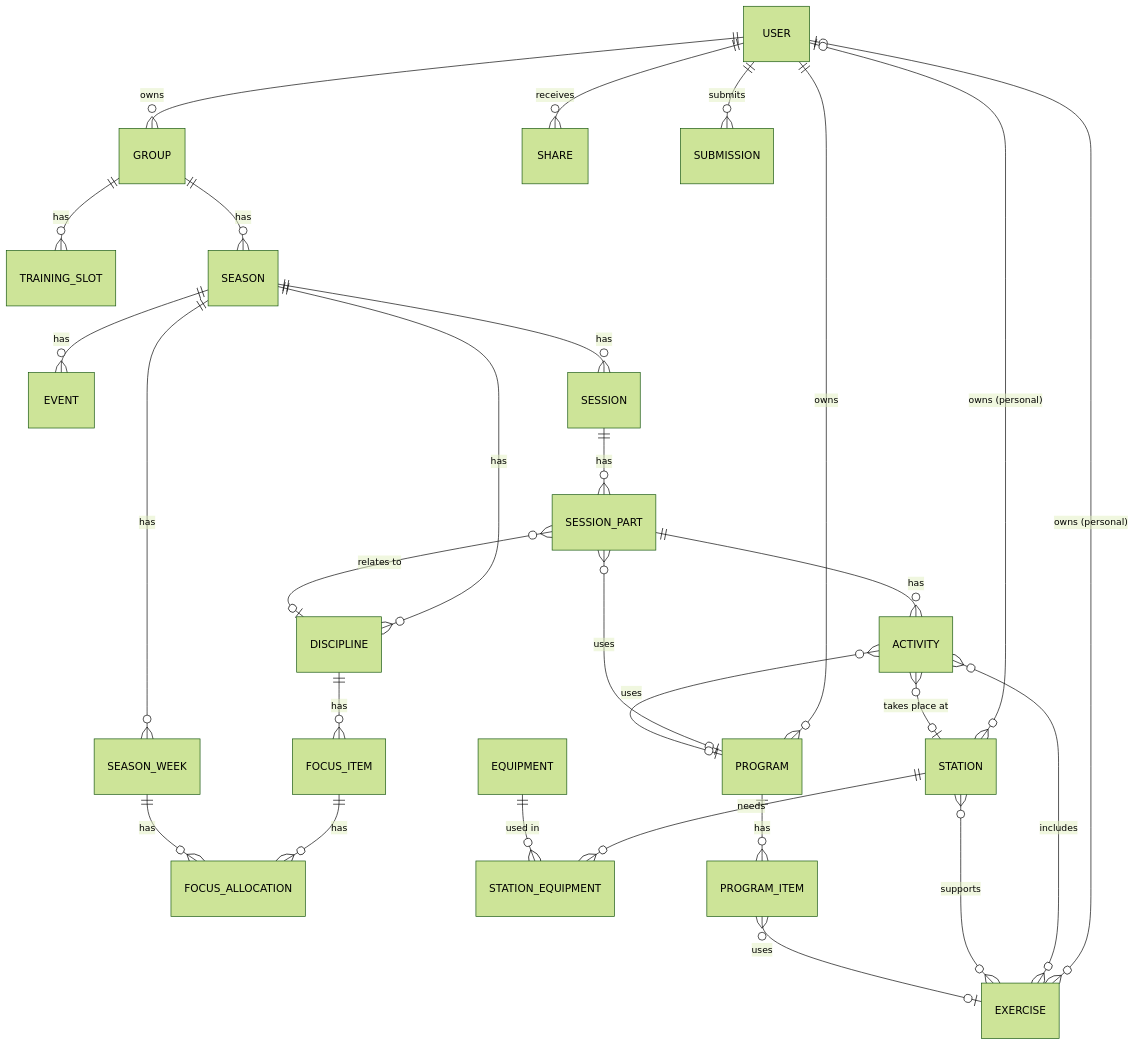
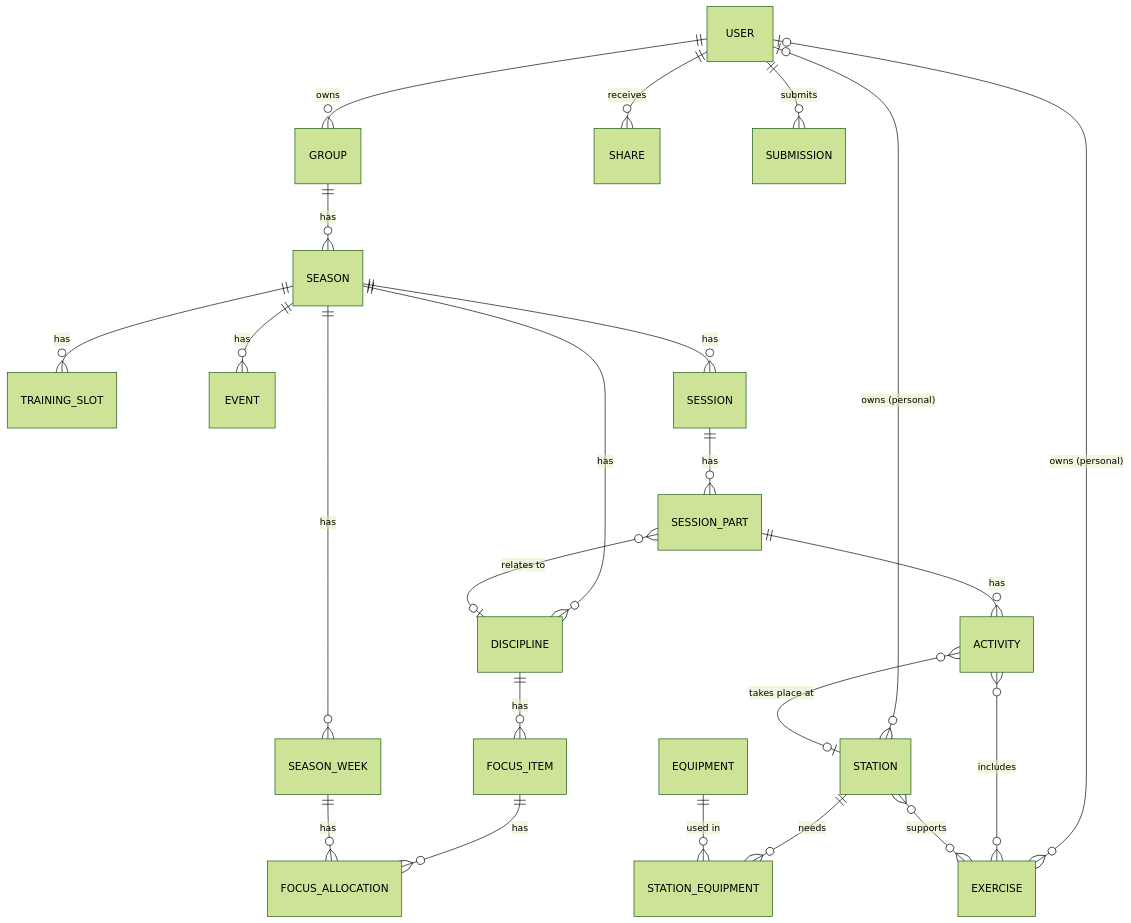
The diagram in docs/data-model.md (denka07/GymnasticsPlanner), drawn with Mermaid (forest theme) before and after one commit. The commit also changed other lines of this file, not shown here.

First line of the commit message:
Move training slots to season and drop programs

````diff
--- a/docs/data-model.md
+++ b/docs/data-model.md
@@ -25,36 +25,30 @@
 ```mermaid
 erDiagram
     USER ||--o{ GROUP : owns
     USER ||--o{ SHARE : receives
     USER |o--o{ EXERCISE : "owns (personal)"
     USER |o--o{ STATION : "owns (personal)"
-    USER ||--o{ PROGRAM : owns
     USER ||--o{ SUBMISSION : submits
 
-    GROUP ||--o{ TRAINING_SLOT : has
     GROUP ||--o{ SEASON : has
 
+    SEASON ||--o{ TRAINING_SLOT : has
     SEASON ||--o{ DISCIPLINE : has
     SEASON ||--o{ SEASON_WEEK : has
     SEASON ||--o{ EVENT : has
     SEASON ||--o{ SESSION : has
 
     DISCIPLINE ||--o{ FOCUS_ITEM : has
     FOCUS_ITEM ||--o{ FOCUS_ALLOCATION : has
     SEASON_WEEK ||--o{ FOCUS_ALLOCATION : has
 
     SESSION ||--o{ SESSION_PART : has
     SESSION_PART ||--o{ ACTIVITY : has
     SESSION_PART }o--o| DISCIPLINE : "relates to"
-    SESSION_PART }o--o| PROGRAM : uses
     ACTIVITY }o--o| STATION : "takes place at"
     ACTIVITY }o--o{ EXERCISE : includes
-    ACTIVITY }o--o| PROGRAM : uses
 
     STATION ||--o{ STATION_EQUIPMENT : needs
     EQUIPMENT ||--o{ STATION_EQUIPMENT : "used in"
     STATION }o--o{ EXERCISE : supports
-
-    PROGRAM ||--o{ PROGRAM_ITEM : has
-    PROGRAM_ITEM }o--o| EXERCISE : uses
 ```
````
